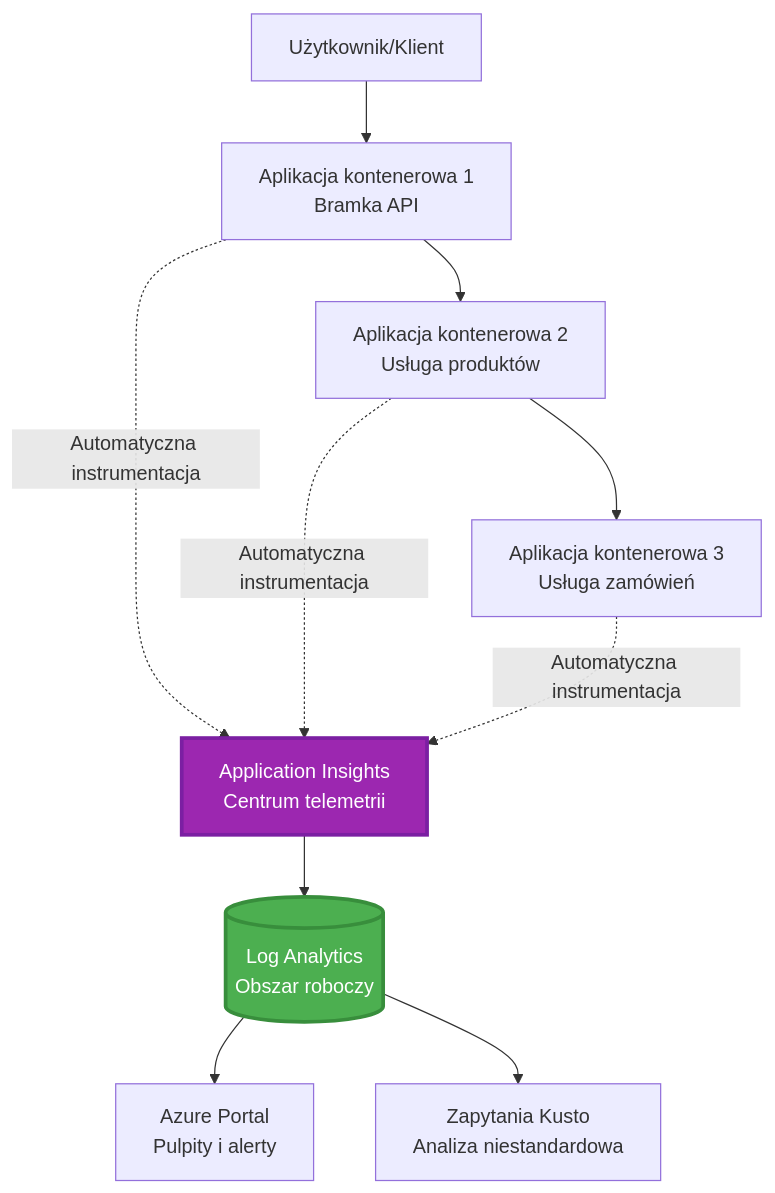
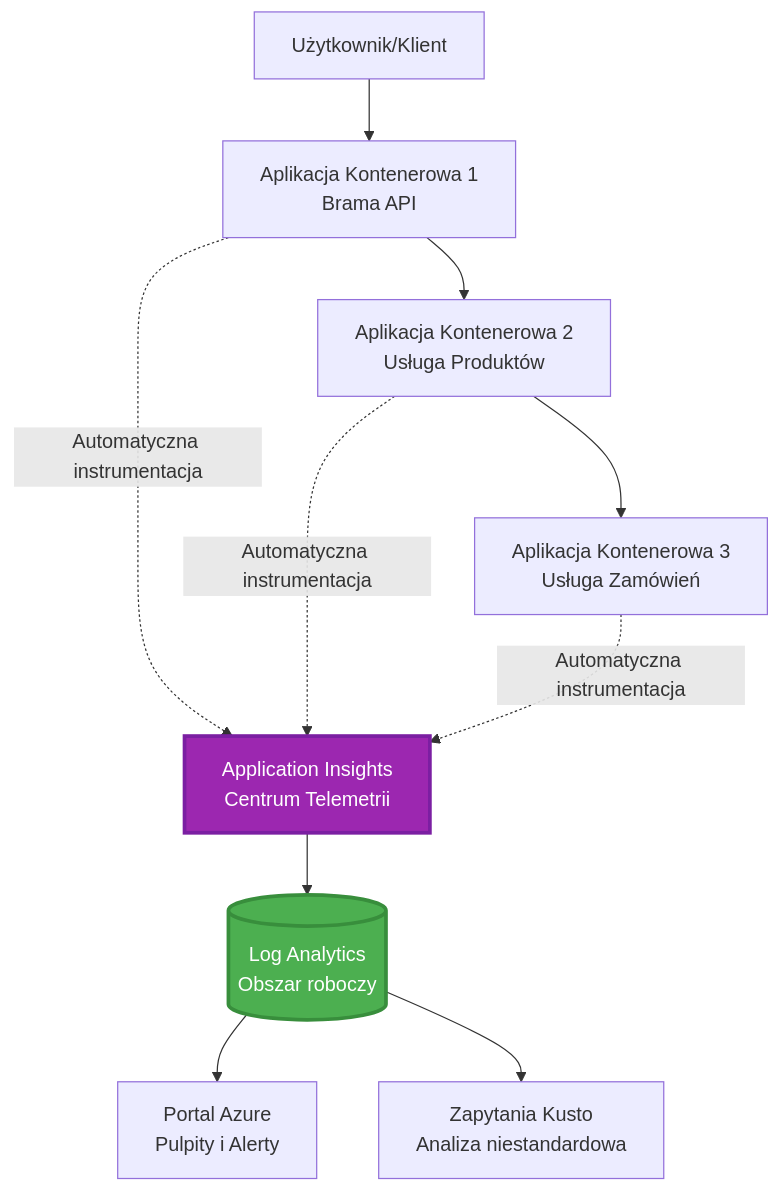
One commit to microsoft/AZD-for-beginners changed the first of 2 diagrams in translations/pl/docs/chapter-06-pre-deployment/application-insights.md. Above: the diagram before and after it, drawn with Mermaid. The commit also changed other lines of this file and 101 other files, not shown here.

````diff
--- a/translations/pl/docs/chapter-06-pre-deployment/application-insights.md
+++ b/translations/pl/docs/chapter-06-pre-deployment/application-insights.md
@@ -58,28 +58,28 @@
 ```mermaid
 graph TB
     User[Użytkownik/Klient]
-    App1[Aplikacja kontenerowa 1<br/>Bramka API]
-    App2[Aplikacja kontenerowa 2<br/>Usługa produktów]
-    App3[Aplikacja kontenerowa 3<br/>Usługa zamówień]
+    App1[Aplikacja Kontenerowa 1<br/>Brama API]
+    App2[Aplikacja Kontenerowa 2<br/>Usługa Produktów]
+    App3[Aplikacja Kontenerowa 3<br/>Usługa Zamówień]
     
-    AppInsights[Application Insights<br/>Centrum telemetrii]
+    AppInsights[Application Insights<br/>Centrum Telemetrii]
     LogAnalytics[(Log Analytics<br/>Obszar roboczy)]
     
-    Portal[Azure Portal<br/>Pulpity i alerty]
+    Portal[Portal Azure<br/>Pulpity i Alerty]
     Query[Zapytania Kusto<br/>Analiza niestandardowa]
     
     User --> App1
     App1 --> App2
     App2 --> App3
     
     App1 -.->|Automatyczna instrumentacja| AppInsights
     App2 -.->|Automatyczna instrumentacja| AppInsights
     App3 -.->|Automatyczna instrumentacja| AppInsights
     
     AppInsights --> LogAnalytics
     LogAnalytics --> Portal
     LogAnalytics --> Query
     
     style AppInsights fill:#9C27B0,stroke:#7B1FA2,stroke-width:3px,color:#fff
     style LogAnalytics fill:#4CAF50,stroke:#388E3C,stroke-width:3px,color:#fff
 ```
````
